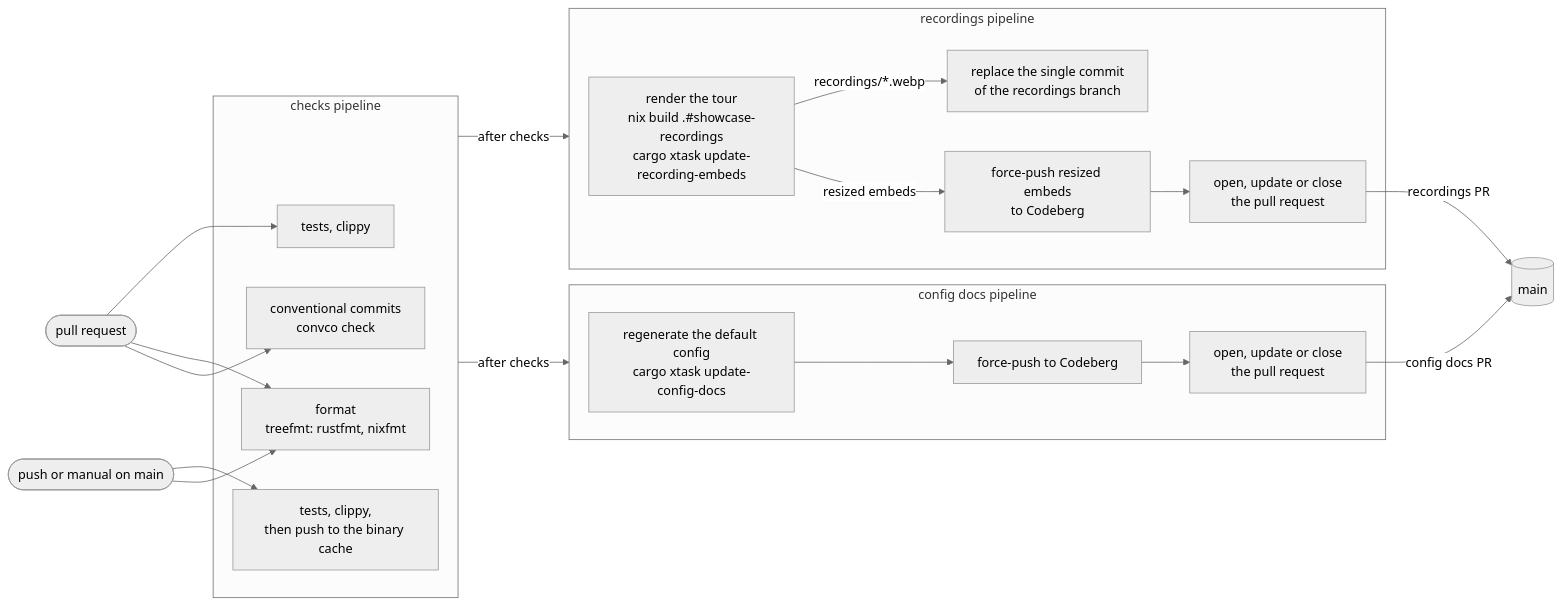
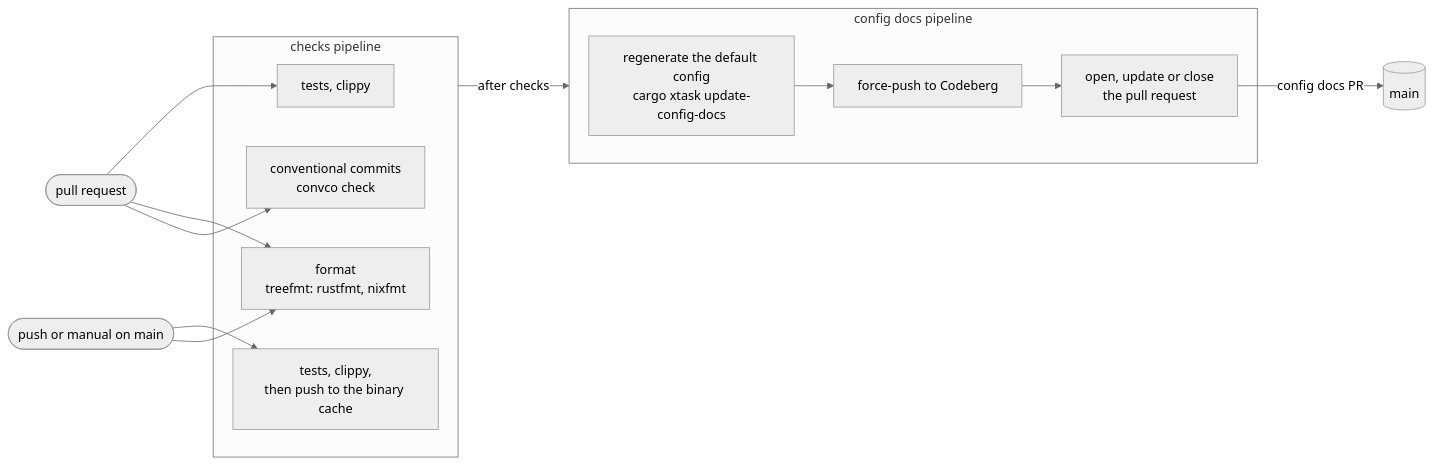
The first of 2 diagrams in docs/development.md (wvhulle/sottomano), drawn with Mermaid (neutral theme) before and after one commit. The commit also changed other lines of this file and 24 other files, not shown here.

First line of the commit message:
ci: render tour recordings at docs deploy instead of on every push

````diff
--- a/docs/development.md
+++ b/docs/development.md
@@ -123,39 +122,27 @@
 ```mermaid
 flowchart LR
   pull_request_event(["pull request"])
   main_push_event(["push or manual on main"])
 
   subgraph checks_pipeline ["checks pipeline"]
     pull_request_checks["tests, clippy"]
     main_checks["tests, clippy,<br>then push to the binary cache"]
     format_check["format<br>treefmt: rustfmt, nixfmt"]
     conventional_commits["conventional commits<br>convco check"]
-  end
-
-  subgraph recordings_pipeline ["recordings pipeline"]
-    render_recordings["render the tour<br>nix build .#showcase-recordings<br>cargo xtask update-recording-embeds"]
-    push_orphan_recordings["replace the single commit<br>of the recordings branch"]
-    push_recordings_branch["force-push resized embeds<br>to Codeberg"]
-    open_recordings_pull_request["open, update or close<br>the pull request"]
-    render_recordings -->|"recordings/*.webp"| push_orphan_recordings
-    render_recordings -->|resized embeds| push_recordings_branch
-    push_recordings_branch --> open_recordings_pull_request
   end
 
   subgraph config_docs_pipeline ["config docs pipeline"]
     update_config_docs["regenerate the default config<br>cargo xtask update-config-docs"]
     push_config_docs_branch["force-push to Codeberg"]
     open_config_docs_pull_request["open, update or close<br>the pull request"]
     update_config_docs --> push_config_docs_branch
     push_config_docs_branch --> open_config_docs_pull_request
   end
 
   main_branch[("main")]
 
   pull_request_event --> pull_request_checks & format_check & conventional_commits
   main_push_event --> main_checks & format_check
-  checks_pipeline -->|"after checks"| recordings_pipeline
   checks_pipeline -->|"after checks"| config_docs_pipeline
-  open_recordings_pull_request -->|recordings PR| main_branch
   open_config_docs_pull_request -->|config docs PR| main_branch
 ```
````
